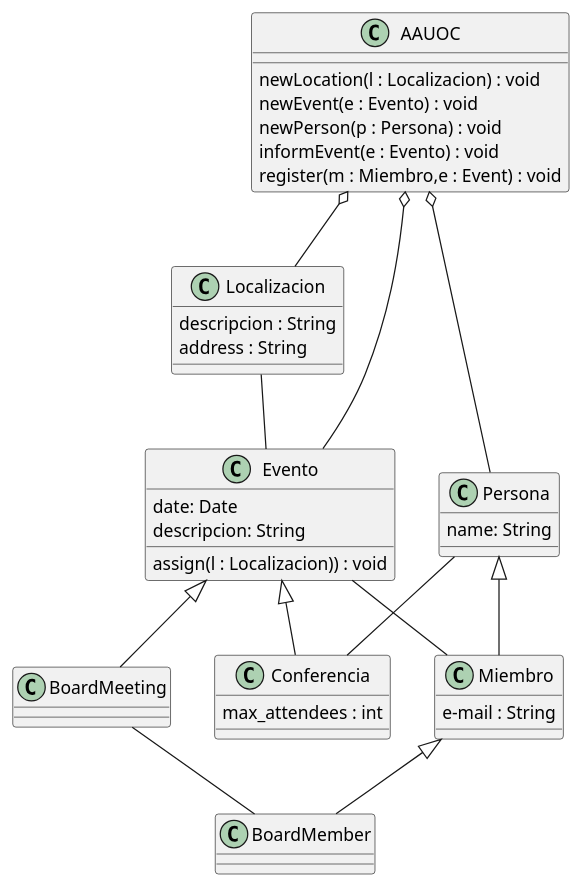
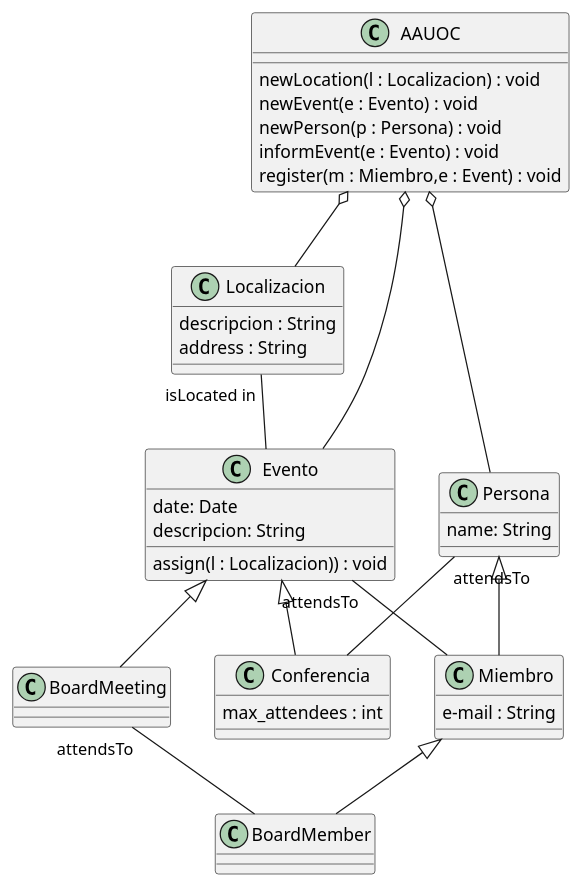
One commit to abrahambelen/UMLClasesAbrahamBelenDuran changed the diagram in src/EjercicioUML.puml. Above: the diagram before and after it, drawn with PlantUML.

Commit message:
Notas en relaciones

```diff
--- a/src/EjercicioUML.puml
+++ b/src/EjercicioUML.puml
@@ -1,63 +1,64 @@
 @startuml
 
 class Miembro{
 e-mail : String
 
 }
 
 class BoardMember{
 
 }
 
 class Evento{
 date: Date
 descripcion: String
 assign(l : Localizacion)) : void
 
 }
 
 class Conferencia{
 max_attendees : int
 }
 
 class BoardMeeting{
 
 }
 
 class Localizacion{
 descripcion : String
 address : String
 }
 
 class Persona{
 name: String
 
 }
 
 class AAUOC{
 newLocation(l : Localizacion) : void
 newEvent(e : Evento) : void
 newPerson(p : Persona) : void
 informEvent(e : Evento) : void
 register(m : Miembro,e : Event) : void
 }
 
 Evento <|-- Conferencia
 Evento <|-- BoardMeeting
 
 Persona <|-- Miembro
 Miembro <|-- BoardMember
 
 AAUOC o-- Persona
 AAUOC o-- Localizacion
 AAUOC o-- Evento
 
-Persona -- Conferencia
+Persona "attendsTo" -- Conferencia
 
-BoardMeeting -- BoardMember
+BoardMeeting "attendsTo" -- BoardMember
 
-Evento -- Miembro
+Evento "attendsTo" -- Miembro
 
-Localizacion -- Evento
+Localizacion "isLocated in" -- Evento
+
 
 @enduml
```
